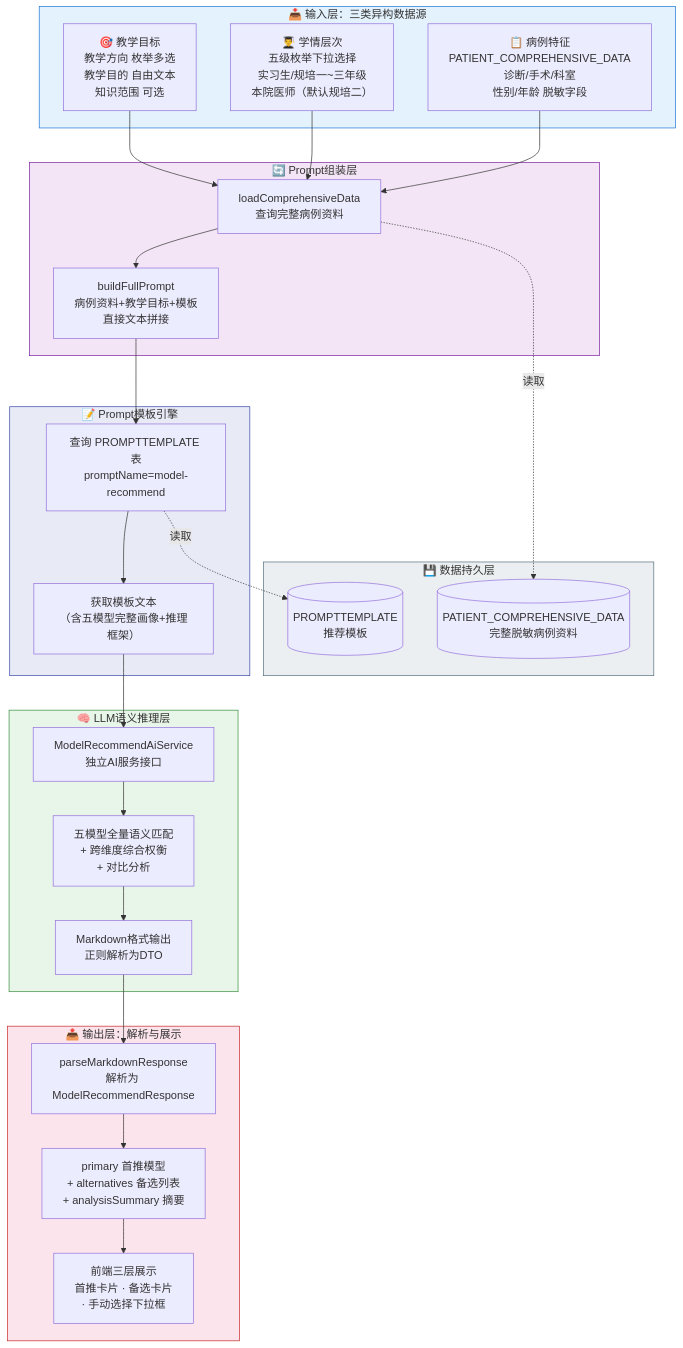
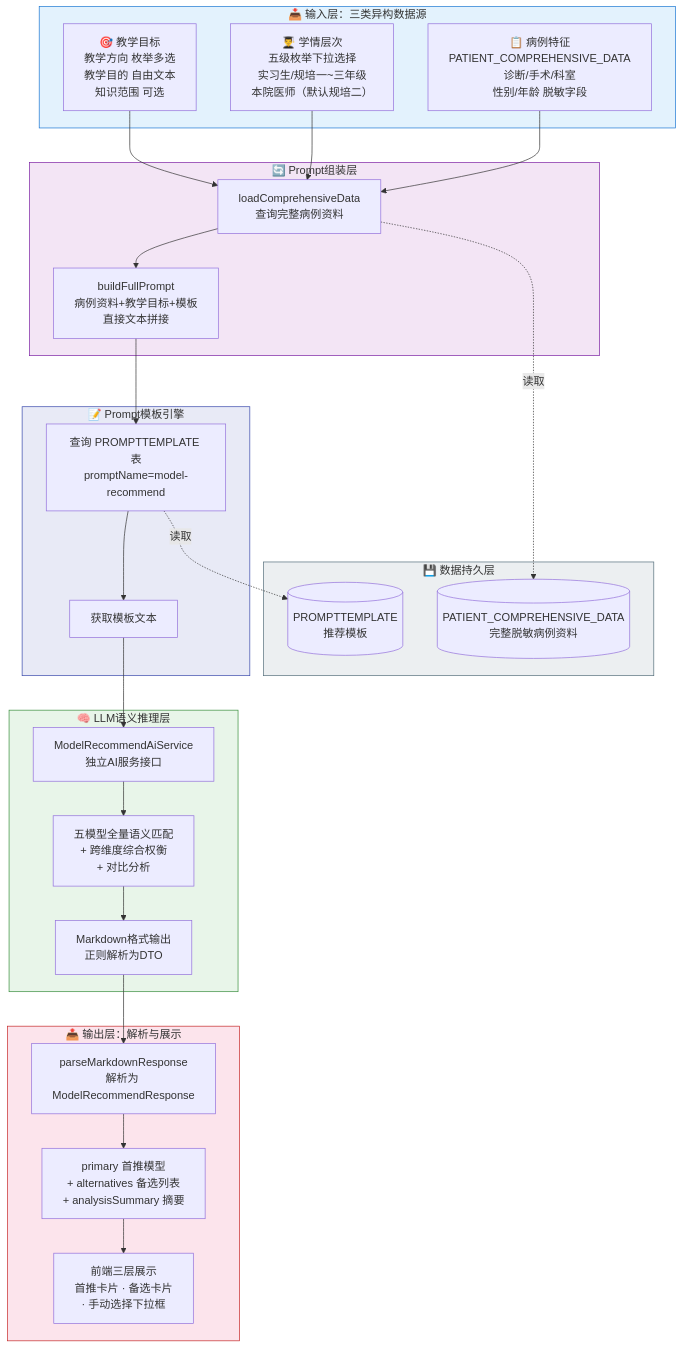
The first of 5 diagrams in 项目相关/软件著作权/专利申请/专利申请技术交底书-AI教学模型自动推荐方法.md (liuzh2008/med_ai_assistant_workspace), drawn with Mermaid before and after one commit. The commit also changed other lines of this file and 2 other files, not shown here.

````diff
--- a/项目相关/软件著作权/专利申请/专利申请技术交底书-AI教学模型自动推荐方法.md
+++ b/项目相关/软件著作权/专利申请/专利申请技术交底书-AI教学模型自动推荐方法.md
@@ -64,49 +64,49 @@
 ```mermaid
 flowchart TB
     subgraph 输入层["📥 输入层：三类异构数据源"]
         I1["🎯 教学目标<br/>教学方向 枚举多选<br/>教学目的 自由文本<br/>知识范围 可选"]
         I2["👨‍🎓 学情层次<br/>五级枚举下拉选择<br/>实习生/规培一~三年级<br/>本院医师（默认规培二）"]
         I3["📋 病例特征<br/>PATIENT_COMPREHENSIVE_DATA<br/>诊断/手术/科室<br/>性别/年龄 脱敏字段"]
     end
 
     subgraph 组装层["🔄 Prompt组装层"]
         E1["loadComprehensiveData<br/>查询完整病例资料"]
         E2["buildFullPrompt<br/>病例资料+教学目标+模板<br/>直接文本拼接"]
         I1 & I2 & I3 --> E1 --> E2
     end
 
     subgraph Prompt层["📝 Prompt模板引擎"]
         P1["查询 PROMPTTEMPLATE 表<br/>promptName=model-recommend"]
-        P2["获取模板文本<br/>（含五模型完整画像+推理框架）"]
+        P2["获取模板文本"]
         E2 --> P1 --> P2
     end
 
     subgraph LLM层["🧠 LLM语义推理层"]
         L1["ModelRecommendAiService<br/>独立AI服务接口"]
         L2["五模型全量语义匹配<br/>+ 跨维度综合权衡<br/>+ 对比分析"]
         L3["Markdown格式输出<br/>正则解析为DTO"]
         P2 --> L1 --> L2 --> L3
     end
 
     subgraph 输出层["📤 输出层：解析与展示"]
         O1["parseMarkdownResponse<br/>解析为 ModelRecommendResponse"]
         O2["primary 首推模型<br/>+ alternatives 备选列表<br/>+ analysisSummary 摘要"]
         O3["前端三层展示<br/>首推卡片 · 备选卡片<br/>· 手动选择下拉框"]
         L3 --> O1 --> O2 --> O3
     end
 
     subgraph 数据层["💾 数据持久层"]
         DB1[("PROMPTTEMPLATE<br/>推荐模板")]
         DB2[("PATIENT_COMPREHENSIVE_DATA<br/>完整脱敏病例资料")]
     end
 
     P1 -.->|读取| DB1
     E1 -.->|读取| DB2
 
     style 输入层 fill:#e3f2fd,stroke:#1976d2
     style 组装层 fill:#f3e5f5,stroke:#7b1fa2
     style Prompt层 fill:#e8eaf6,stroke:#3949ab
     style LLM层 fill:#e8f5e9,stroke:#388e3c
     style 输出层 fill:#fce4ec,stroke:#c62828
     style 数据层 fill:#eceff1,stroke:#546e7a
 ```
````
